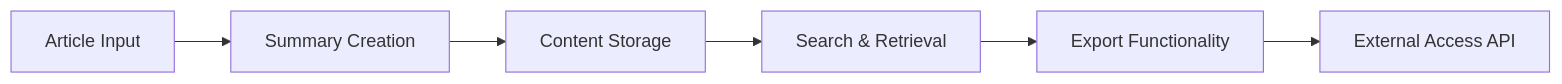
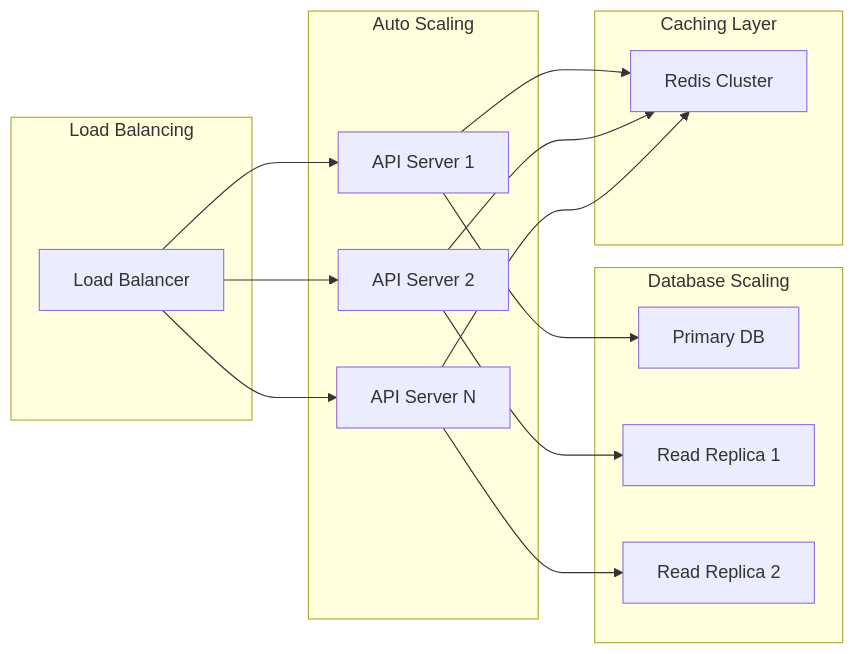
Before and after one commit to sora-kisaragi/TechLingualQuest: the seventh of 15 diagrams in design/HLD.md, drawn with Mermaid. The commit also changed other lines of this file and 3 other files, not shown here.

````diff
--- a/design/HLD.md
+++ b/design/HLD.md
@@ -173,8 +495,34 @@
 ```mermaid
 graph LR
-    A[Article Input] --> B[Summary Creation]
-    B --> C[Content Storage]
-    C --> D[Search & Retrieval]
-    D --> E[Export Functionality]
-    E --> F[External Access API]
+    subgraph "Load Balancing"
+        A[Load Balancer]
+    end
+    
+    subgraph "Auto Scaling"
+        B[API Server 1]
+        C[API Server 2]
+        D[API Server N]
+    end
+    
+    subgraph "Database Scaling"
+        E[Primary DB]
+        F[Read Replica 1]
+        G[Read Replica 2]
+    end
+    
+    subgraph "Caching Layer"
+        H[Redis Cluster]
+    end
+    
+    A --> B
+    A --> C
+    A --> D
+    
+    B --> E
+    C --> F
+    D --> G
+    
+    B --> H
+    C --> H
+    D --> H
 ```
````
